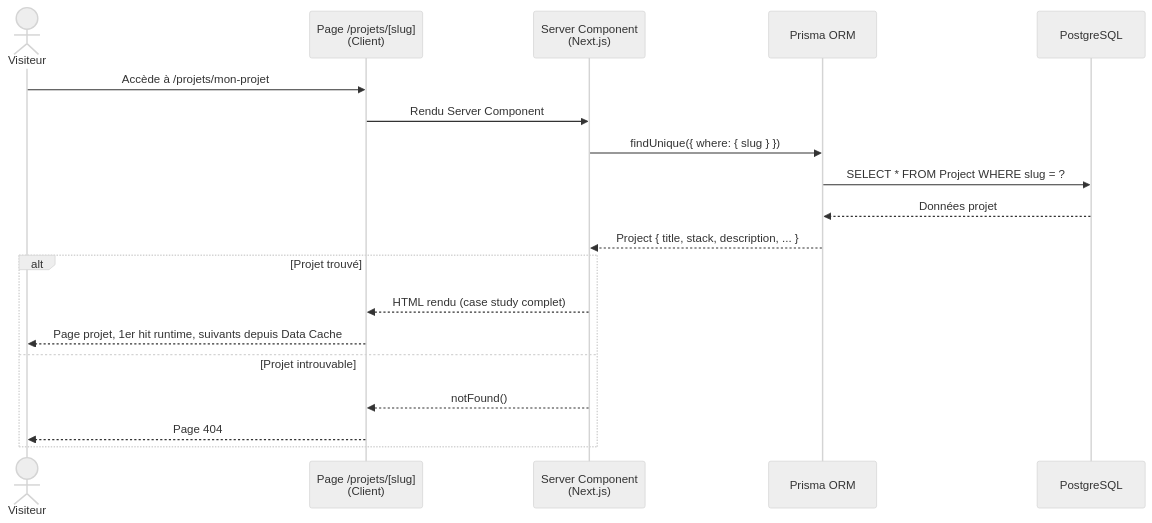
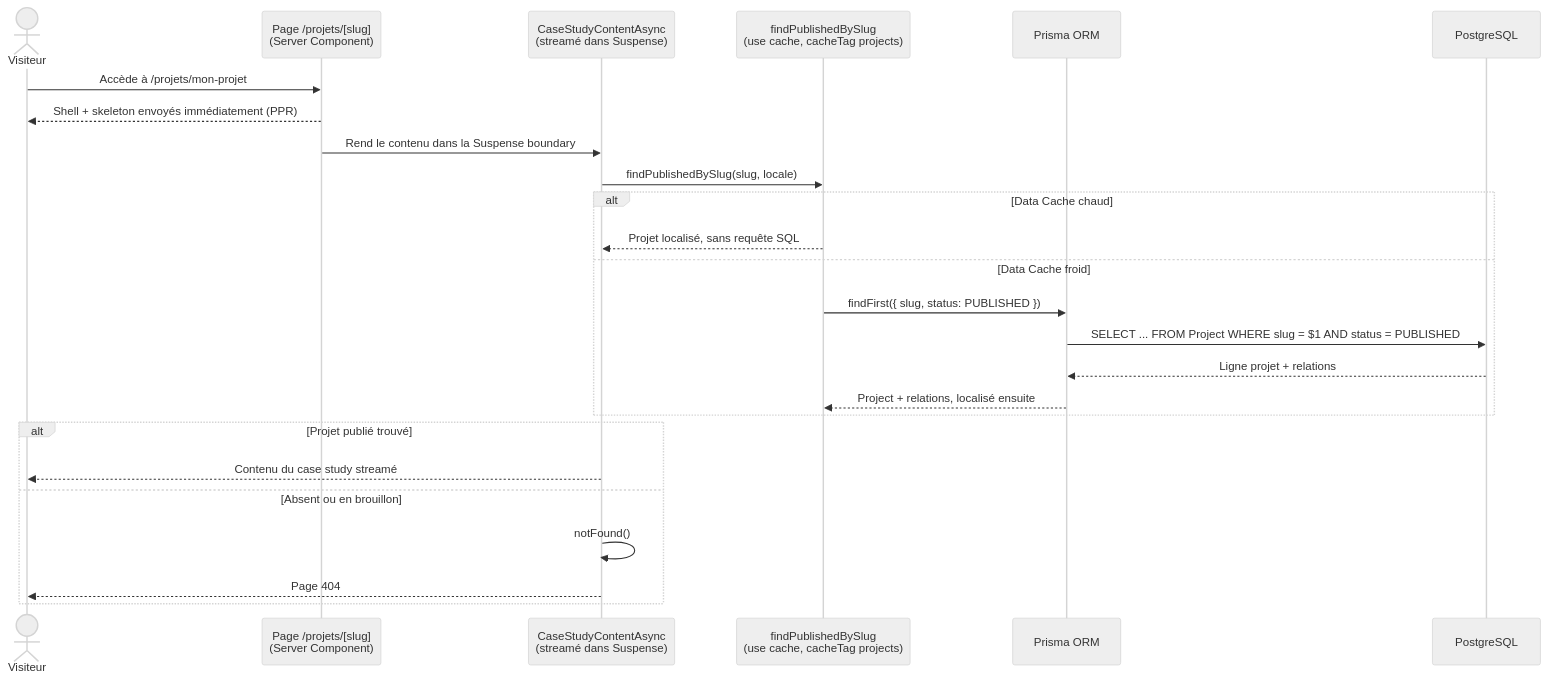
The fourth of 4 diagrams in docs/ARCHITECTURE.md (thibaud57/thibaud-geisler-portfolio), drawn with Mermaid (neutral theme) before and after one commit. The commit also changed other lines of this file and 66 other files, not shown here.

````diff
--- a/docs/ARCHITECTURE.md
+++ b/docs/ARCHITECTURE.md
@@ -338,22 +382,28 @@
 ```mermaid
 sequenceDiagram
     actor Visiteur
-    participant Page as Page /projets/[slug]<br>(Client)
-    participant SC as Server Component<br>(Next.js)
+    participant Shell as Page /projets/[slug]<br>(Server Component)
+    participant Content as CaseStudyContentAsync<br>(streamé dans Suspense)
+    participant Query as findPublishedBySlug<br>(use cache, cacheTag projects)
     participant Prisma as Prisma ORM
     participant PG as PostgreSQL
 
-    Visiteur->>Page: Accède à /projets/mon-projet
-    Page->>SC: Rendu Server Component
-    SC->>Prisma: findUnique({ where: { slug } })
-    Prisma->>PG: SELECT * FROM Project WHERE slug = ?
-    PG-->>Prisma: Données projet
-    Prisma-->>SC: Project { title, stack, description, ... }
-    alt Projet trouvé
-        SC-->>Page: HTML rendu (case study complet)
-        Page-->>Visiteur: Page projet, 1er hit runtime, suivants depuis Data Cache
-    else Projet introuvable
-        SC-->>Page: notFound()
-        Page-->>Visiteur: Page 404
+    Visiteur->>Shell: Accède à /projets/mon-projet
+    Shell-->>Visiteur: Shell + skeleton envoyés immédiatement (PPR)
+    Shell->>Content: Rend le contenu dans la Suspense boundary
+    Content->>Query: findPublishedBySlug(slug, locale)
+    alt Data Cache chaud
+        Query-->>Content: Projet localisé, sans requête SQL
+    else Data Cache froid
+        Query->>Prisma: findFirst({ slug, status: PUBLISHED })
+        Prisma->>PG: SELECT ... FROM Project WHERE slug = $1 AND status = PUBLISHED
+        PG-->>Prisma: Ligne projet + relations
+        Prisma-->>Query: Project + relations, localisé ensuite
+    end
+    alt Projet publié trouvé
+        Content-->>Visiteur: Contenu du case study streamé
+    else Absent ou en brouillon
+        Content->>Content: notFound()
+        Content-->>Visiteur: Page 404
     end
 ```
````
